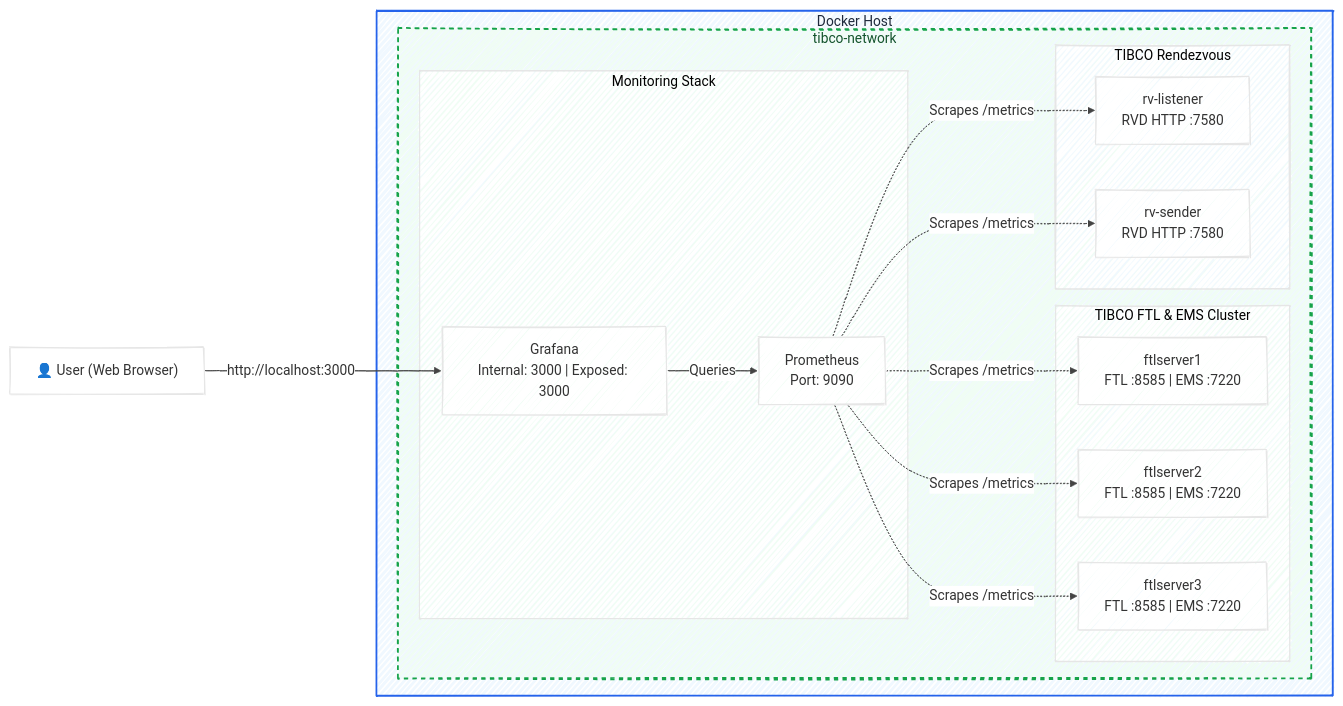
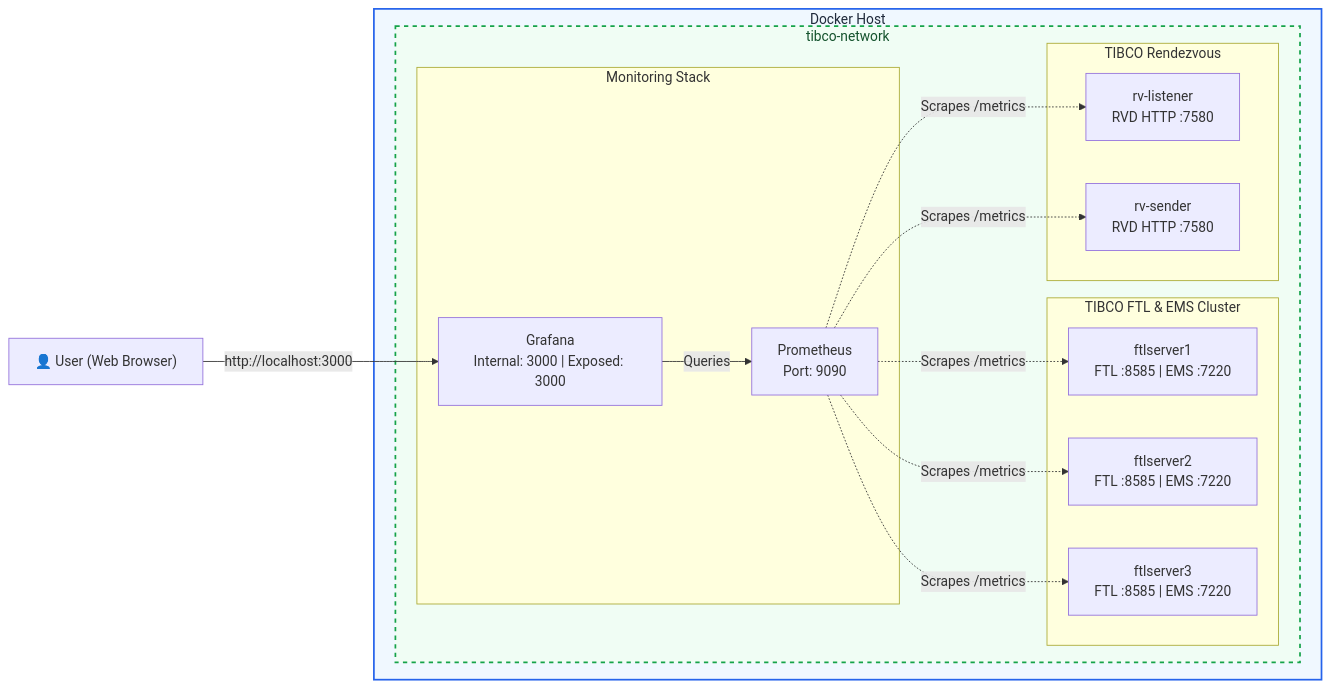
One commit to toininoi/license-demo changed the diagram in README.md. Above: the diagram before and after it, drawn with Mermaid.

````diff
--- a/README.md
+++ b/README.md
@@ -11,53 +11,43 @@
 ```mermaid
-%%{init: {
-  'theme': 'base', 
-  'look': 'handDrawn', 
-  'themeVariables': { 
-    'fontFamily': 'Comic Sans MS, cursive',
-    'primaryColor': '#ffffff',
-    'mainBkg': '#ffffff',
-    'lineColor': '#444444'
-  }
-}}%%
 
 graph LR
     User["👤 User (Web Browser)"]
 
     subgraph DockerHost[Docker Host]
         subgraph DockerNetwork[tibco-network]
             
             %% Monitoring Stack
             subgraph Monitoring[Monitoring Stack]
                 Grafana["Grafana<br/>Internal: 3000 | Exposed: 3000"]
                 Prometheus["Prometheus<br/>Port: 9090"]
             end
 
             %% TIBCO FTL / EMS Cluster
             subgraph TibcoCluster[TIBCO FTL & EMS Cluster]
                 FTL1["ftlserver1<br/>FTL :8585 | EMS :7220"]
                 FTL2["ftlserver2<br/>FTL :8585 | EMS :7220"]
                 FTL3["ftlserver3<br/>FTL :8585 | EMS :7220"]
             end
 
             %% TIBCO Rendezvous
             subgraph TibcoRV[TIBCO Rendezvous]
                 RVL["rv-listener<br/>RVD HTTP :7580"]
                 RVS["rv-sender<br/>RVD HTTP :7580"]
             end
             
         end
     end
 
     %% Connections
     User -->|http://localhost:3000| Grafana
     Grafana -->|Queries| Prometheus
     Prometheus -.->|Scrapes /metrics| FTL1
     Prometheus -.->|Scrapes /metrics| FTL2
     Prometheus -.->|Scrapes /metrics| FTL3
     Prometheus -.->|Scrapes /metrics| RVL
     Prometheus -.->|Scrapes /metrics| RVS
 
     %% Styling for Subgraphs
     style DockerHost fill:#f0f8ff,stroke:#2563eb,stroke-width:2px,color:#1e293b
     style DockerNetwork fill:#f0fdf4,stroke:#16a34a,stroke-width:2px,stroke-dasharray: 5 5,color:#14532d
 ```
````
